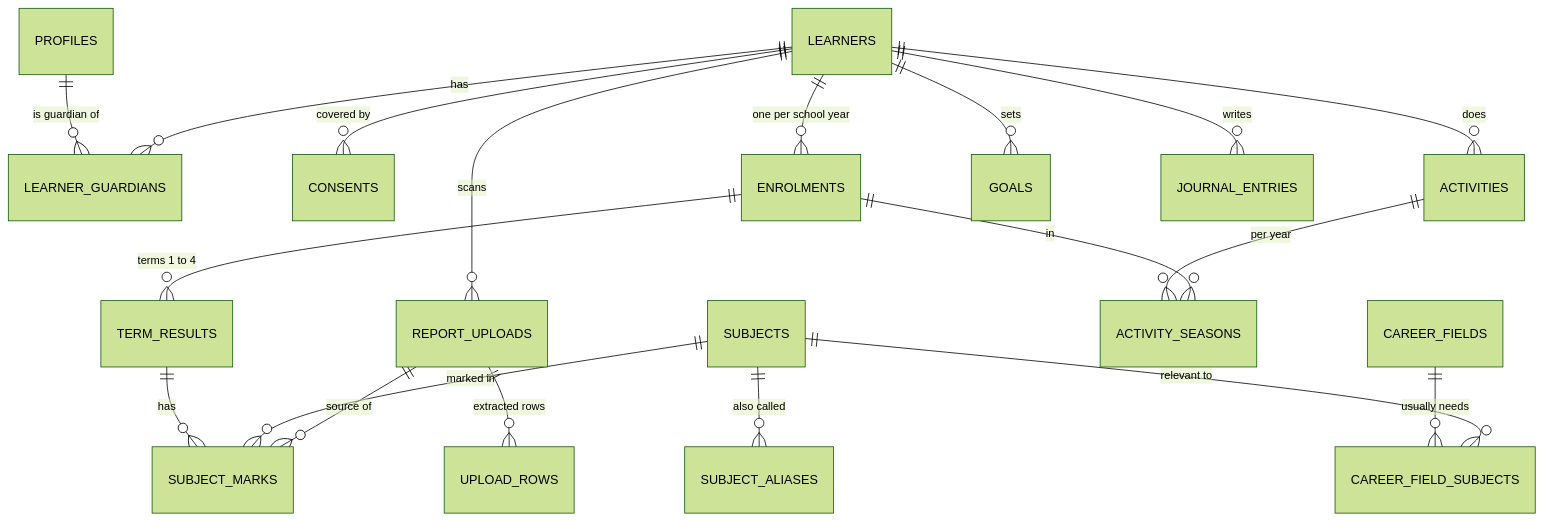
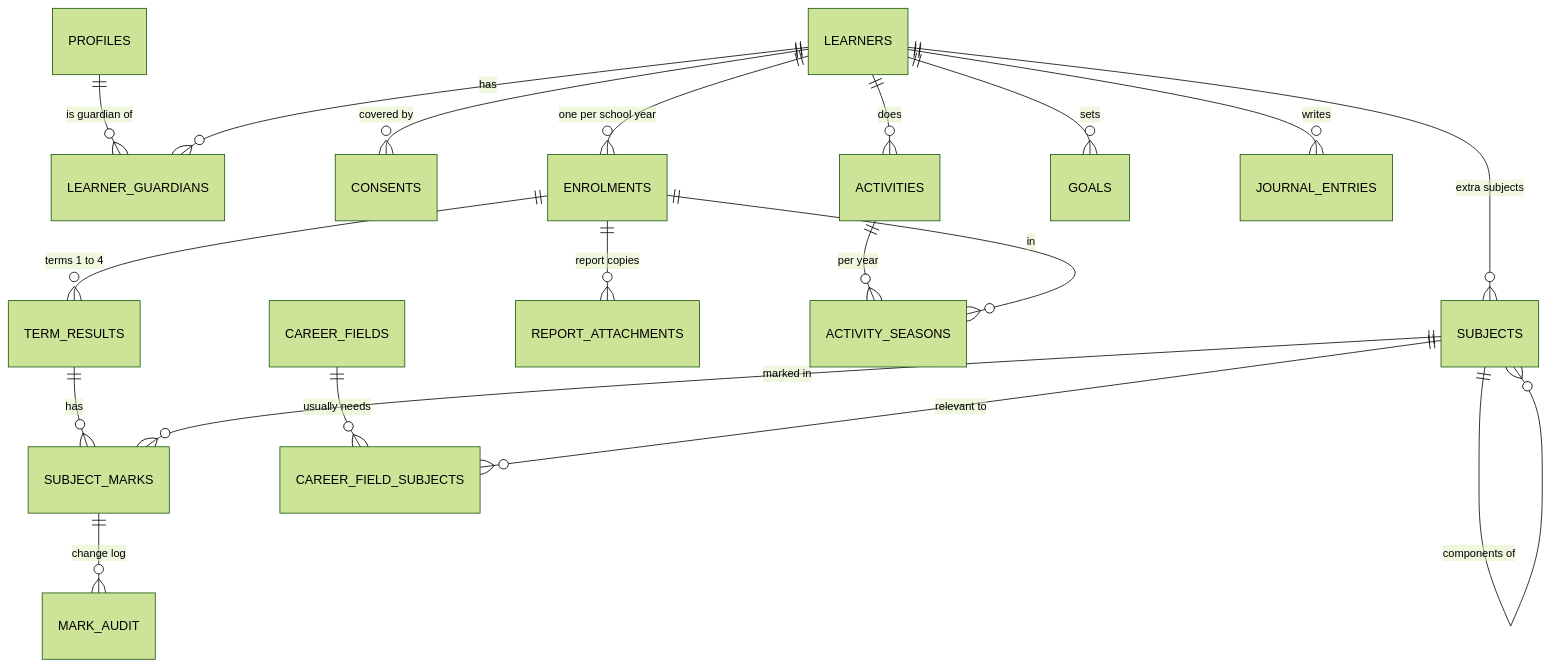
One commit to jpsmith594-builder/MySchoolJourney changed the diagram in docs/data-model.md. Above: the diagram before and after it, drawn with Mermaid (forest theme). The commit also changed other lines of this file and 10 other files, not shown here.

First line of the commit message:
Data model v0.2: full CAPS subjects, two averages, extra subjects, report copies

````diff
--- a/docs/data-model.md
+++ b/docs/data-model.md
@@ -11,21 +21,21 @@
 ```mermaid
 erDiagram
   PROFILES ||--o{ LEARNER_GUARDIANS : "is guardian of"
   LEARNERS ||--o{ LEARNER_GUARDIANS : "has"
   LEARNERS ||--o{ CONSENTS : "covered by"
   LEARNERS ||--o{ ENROLMENTS : "one per school year"
   ENROLMENTS ||--o{ TERM_RESULTS : "terms 1 to 4"
   TERM_RESULTS ||--o{ SUBJECT_MARKS : "has"
   SUBJECTS ||--o{ SUBJECT_MARKS : "marked in"
-  SUBJECTS ||--o{ SUBJECT_ALIASES : "also called"
-  LEARNERS ||--o{ REPORT_UPLOADS : "scans"
-  REPORT_UPLOADS ||--o{ UPLOAD_ROWS : "extracted rows"
-  REPORT_UPLOADS ||--o{ SUBJECT_MARKS : "source of"
+  SUBJECTS ||--o{ SUBJECTS : "components of"
+  LEARNERS ||--o{ SUBJECTS : "extra subjects"
+  SUBJECT_MARKS ||--o{ MARK_AUDIT : "change log"
+  ENROLMENTS ||--o{ REPORT_ATTACHMENTS : "report copies"
   LEARNERS ||--o{ ACTIVITIES : "does"
   ACTIVITIES ||--o{ ACTIVITY_SEASONS : "per year"
   ENROLMENTS ||--o{ ACTIVITY_SEASONS : "in"
   LEARNERS ||--o{ GOALS : "sets"
   LEARNERS ||--o{ JOURNAL_ENTRIES : "writes"
   CAREER_FIELDS ||--o{ CAREER_FIELD_SUBJECTS : "usually needs"
   SUBJECTS ||--o{ CAREER_FIELD_SUBJECTS : "relevant to"
 ```
````
